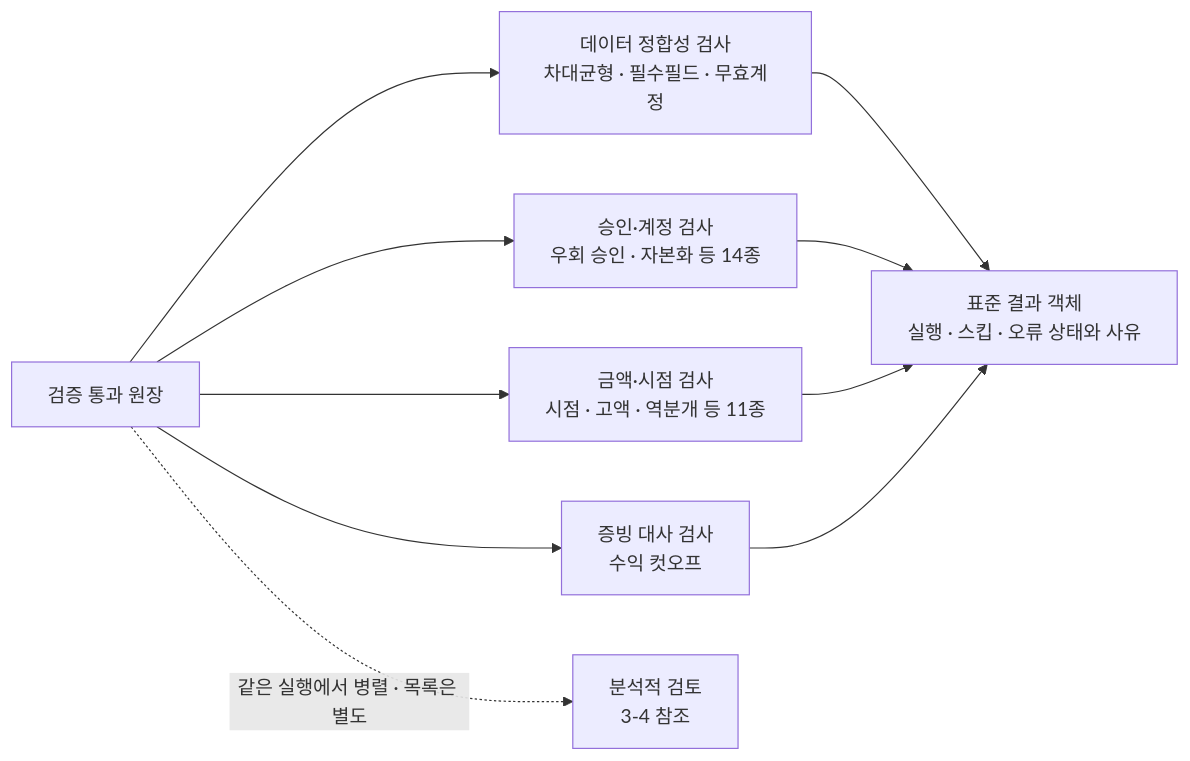
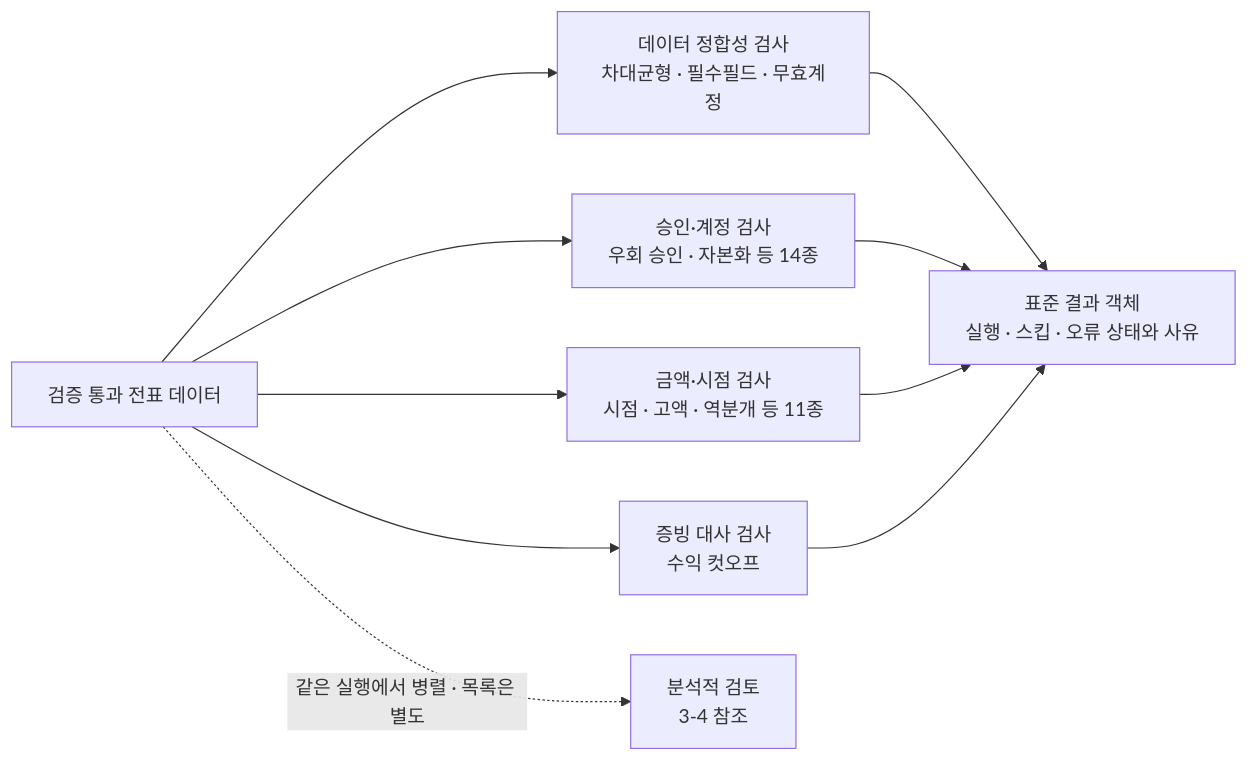
Before and after one commit to ghdtjrgns321-creator/local-ai-journal-assist: the first of 3 diagrams in README.md, drawn with Mermaid. The commit also changed other lines of this file, not shown here.

````diff
--- a/README.md
+++ b/README.md
@@ -439,13 +441,13 @@
 ```mermaid
 graph LR
-    L["검증 통과 원장"]
+    L["검증 통과 전표 데이터"]
     L --> I["데이터 정합성 검사<br/>차대균형 · 필수필드 · 무효계정"]
     L --> F["승인·계정 검사<br/>우회 승인 · 자본화 등 14종"]
     L --> A["금액·시점 검사<br/>시점 · 고액 · 역분개 등 11종"]
     L --> E["증빙 대사 검사<br/>수익 컷오프"]
     I --> R["표준 결과 객체<br/>실행 · 스킵 · 오류 상태와 사유"]
     F --> R
     A --> R
     E --> R
     L -.->|같은 실행에서 병렬 · 목록은 별도| B["분석적 검토<br/>3-4 참조"]
 ```
````
